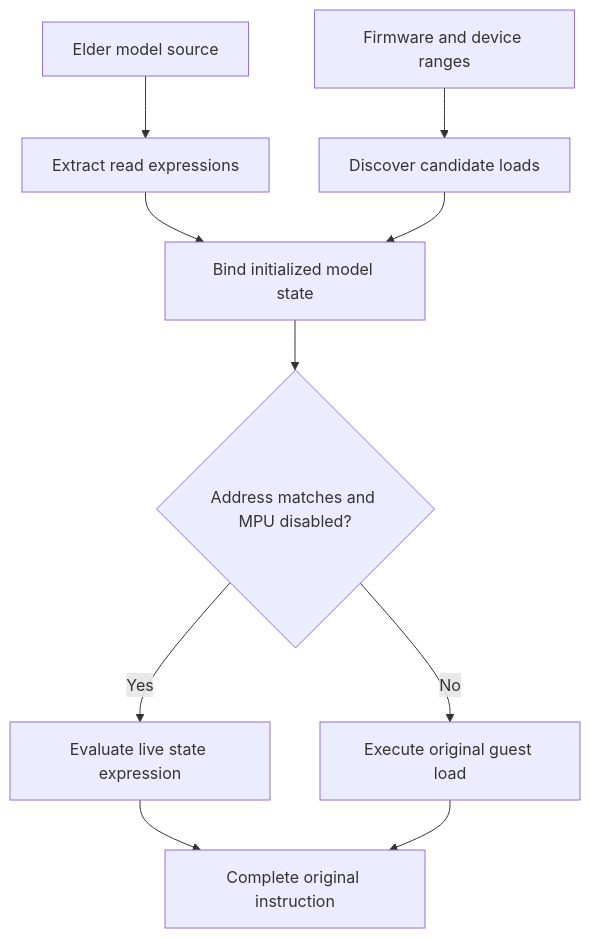
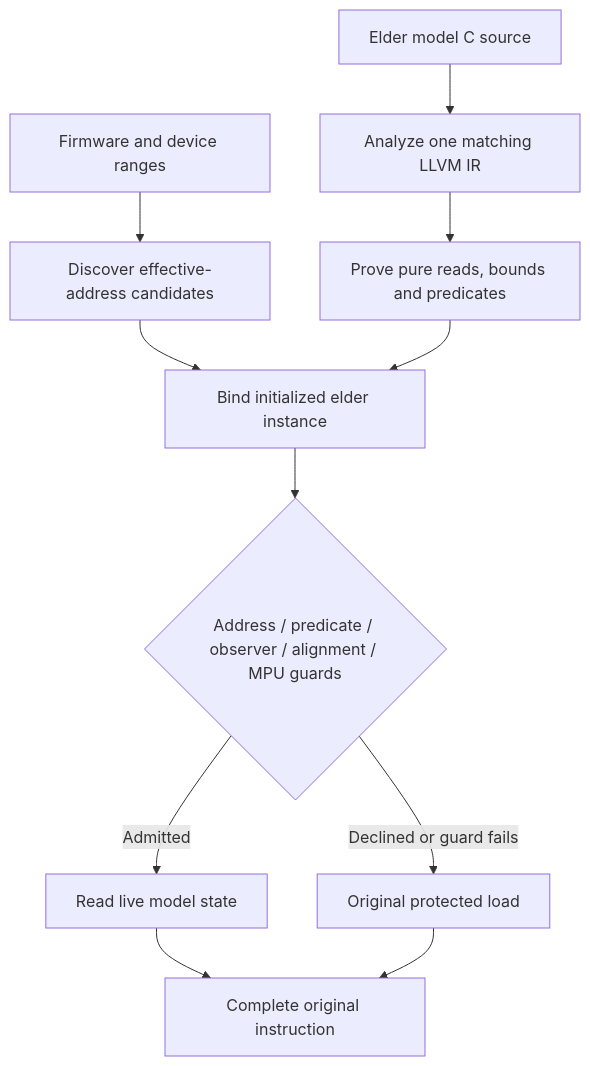
The diagram in fastdyn/src/designs/automatic-mmio.md (boardrunner2049/boardrunner2049.github.io), drawn with Mermaid before and after one commit. The commit also changed other lines of this file and 14 other files, not shown here.

````diff
--- a/fastdyn/src/designs/automatic-mmio.md
+++ b/fastdyn/src/designs/automatic-mmio.md
@@ -93,12 +88,13 @@
-```mermaid
+ ```mermaid
 flowchart TD
-    A["Elder model source"] --> B["Extract read expressions"]
-    C["Firmware and device ranges"] --> D["Discover candidate loads"]
-    B --> E["Bind initialized model state"]
-    D --> E
-    E --> F{"Address matches and MPU disabled?"}
-    F -->|Yes| G["Evaluate live state expression"]
-    F -->|No| H["Execute original guest load"]
-    G --> I["Complete original instruction"]
-    H --> I
+    A["Elder model C source"] --> B["Analyze one matching LLVM IR"]
+    C["Firmware and device ranges"] --> D["Discover effective-address candidates"]
+    B --> E["Prove pure reads, bounds and predicates"]
+    D --> F["Bind initialized elder instance"]
+    E --> F
+    F --> G{"Address / predicate / observer / alignment / MPU guards"}
+    G -->|Admitted| H["Read live model state"]
+    G -->|Declined or guard fails| I["Original protected load"]
+    H --> J["Complete original instruction"]
+    I --> J
 ```
````
